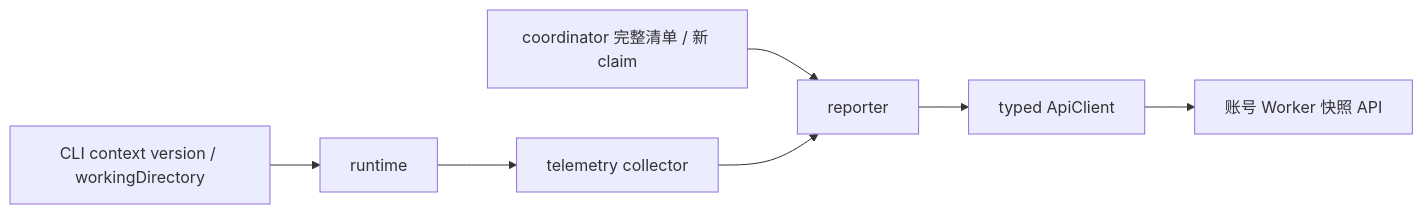
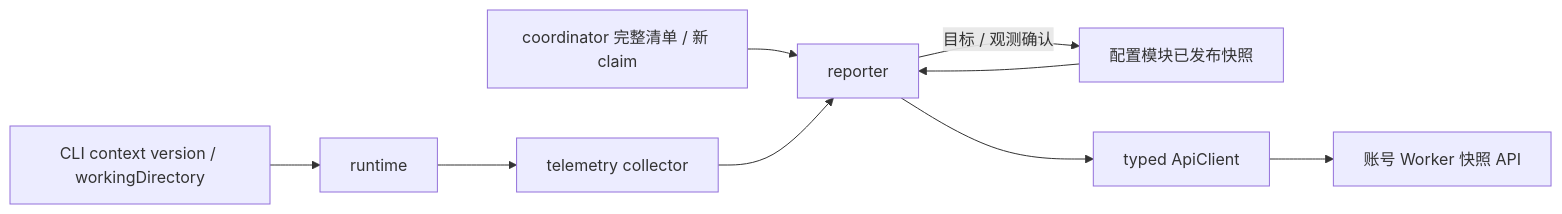
One commit to codetreker/daynight changed the diagram in docs/design/daynight-worker-reporting.md. Above: the diagram before and after it, drawn with Mermaid. The commit also changed other lines of this file and 42 other files, not shown here.

````diff
--- a/docs/design/daynight-worker-reporting.md
+++ b/docs/design/daynight-worker-reporting.md
@@ -7,9 +7,11 @@
 ```mermaid
 flowchart LR
   C[CLI context version / workingDirectory] --> R[runtime]
   R --> T[telemetry collector]
   I[coordinator 完整清单 / 新 claim] --> P[reporter]
+  M[配置模块已发布快照] --> P
+  P -->|目标 / 观测确认| M
   T --> P
   P --> A[typed ApiClient]
   A --> S[账号 Worker 快照 API]
 ```
````
